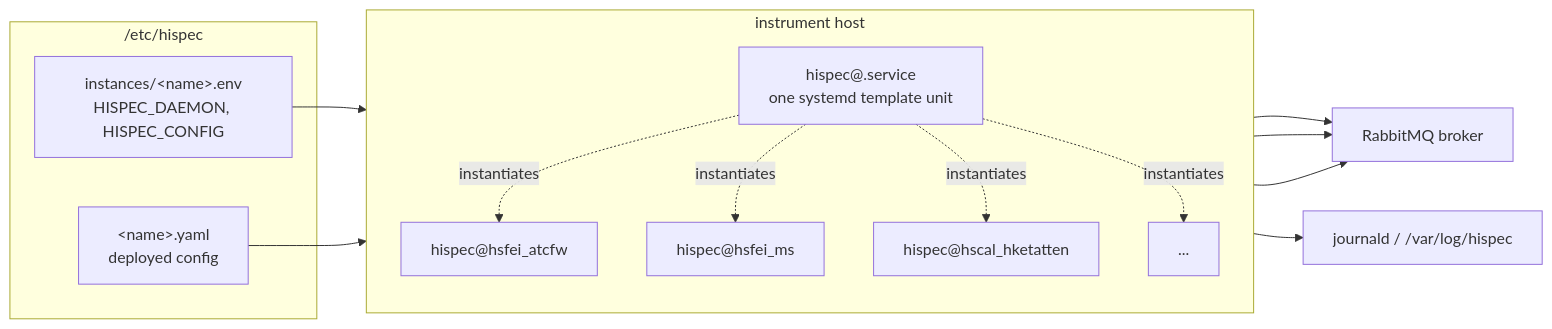
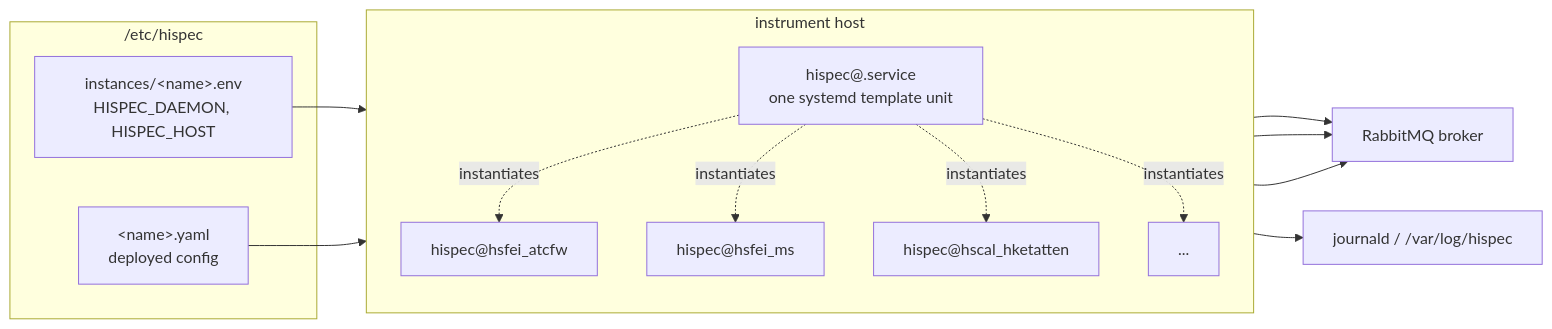
The second of 3 diagrams in docs/architecture/overview.md (CaltechOpticalObservatories/hispec), drawn with Mermaid before and after one commit. The commit also changed other lines of this file and 45 other files, not shown here.

````diff
--- a/docs/architecture/overview.md
+++ b/docs/architecture/overview.md
@@ -204,27 +204,27 @@
 ```{mermaid}
 flowchart LR
     subgraph host["instrument host"]
         direction TB
         UNIT["hispec@.service<br/>one systemd template unit"]
         I1["hispec@hsfei_atcfw"]
         I2["hispec@hsfei_ms"]
         I3["hispec@hscal_hketatten"]
         IN["..."]
         UNIT -.instantiates.-> I1
         UNIT -.instantiates.-> I2
         UNIT -.instantiates.-> I3
         UNIT -.instantiates.-> IN
     end
 
     subgraph etc["/etc/hispec"]
-        ENV["instances/&lt;name&gt;.env<br/>HISPEC_DAEMON, HISPEC_CONFIG"]
+        ENV["instances/&lt;name&gt;.env<br/>HISPEC_DAEMON, HISPEC_HOST"]
         YML["&lt;name&gt;.yaml<br/>deployed config"]
     end
 
     ENV --> I1
     YML --> I1
     I1 --> BROKER["RabbitMQ broker"]
     I2 --> BROKER
     I3 --> BROKER
     I1 --> JOURNAL["journald / /var/log/hispec"]
 ```
````
